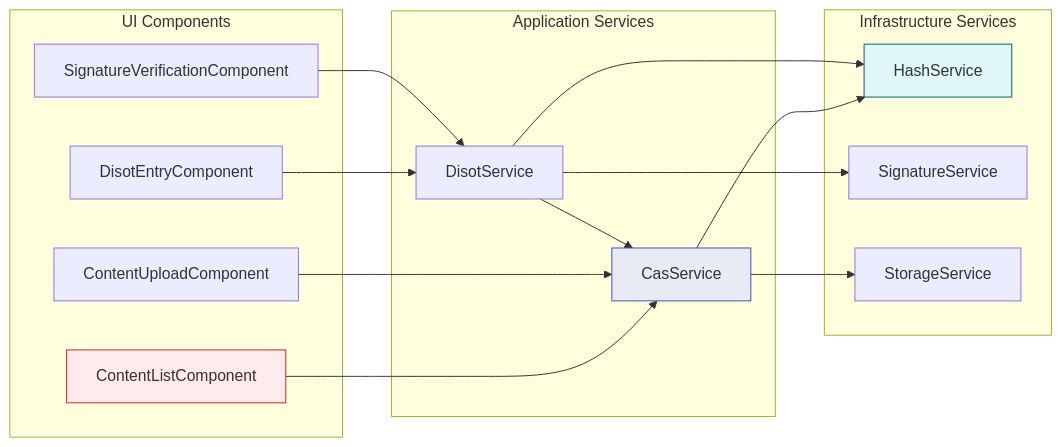
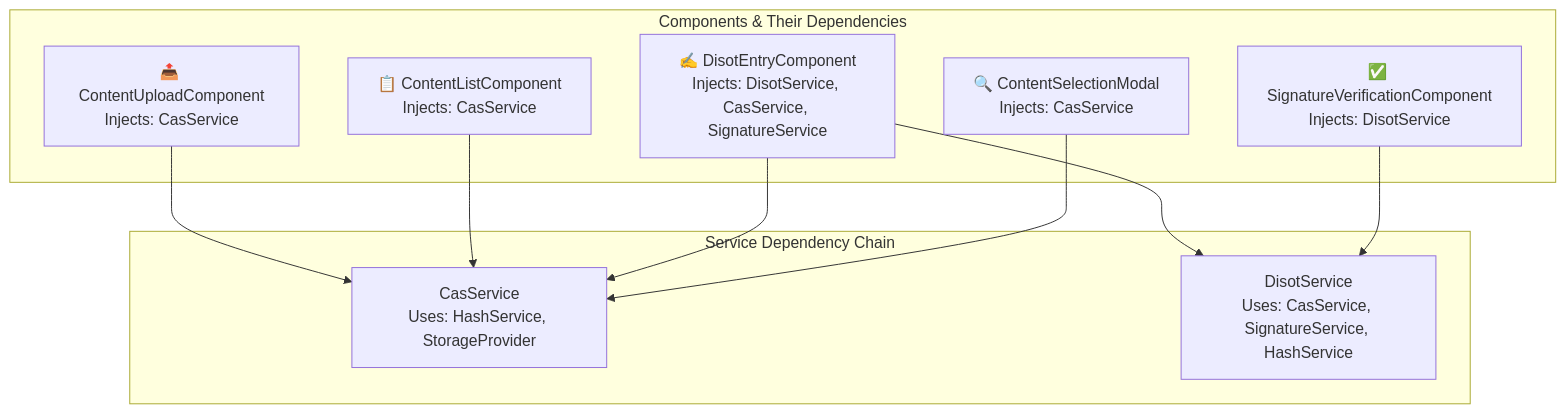
One commit to o2alexanderfedin/angular-cas-disot changed the sixth of 9 diagrams in docs/architecture/system-architecture.md. Above: the diagram before and after it, drawn with Mermaid. The commit also changed other lines of this file and 18 other files, not shown here.

````diff
--- a/docs/architecture/system-architecture.md
+++ b/docs/architecture/system-architecture.md
@@ -214,36 +193,22 @@
 ```mermaid
-graph LR
-    subgraph "UI Components"
-        CLC[ContentListComponent]
-        CUC[ContentUploadComponent]
-        DEC[DisotEntryComponent]
-        SVC[SignatureVerificationComponent]
+graph TD
+    subgraph "Components & Their Dependencies"
+        UPLOAD[📤 ContentUploadComponent<br/>Injects: CasService]
+        LIST[📋 ContentListComponent<br/>Injects: CasService]
+        DISOT[✍️ DisotEntryComponent<br/>Injects: DisotService, CasService, SignatureService]
+        VERIFY[✅ SignatureVerificationComponent<br/>Injects: DisotService]
+        MODAL[🔍 ContentSelectionModal<br/>Injects: CasService]
     end
     
-    subgraph "Application Services"
-        CAS[CasService]
-        DISOT[DisotService]
+    subgraph "Service Dependency Chain"
+        CAS[CasService<br/>Uses: HashService, StorageProvider]
+        DISOT_S[DisotService<br/>Uses: CasService, SignatureService, HashService]
     end
     
-    subgraph "Infrastructure Services"
-        HASH[HashService]
-        SIG[SignatureService]
-        STOR[StorageService]
-    end
-    
-    CLC --> CAS
-    CUC --> CAS
-    DEC --> DISOT
-    SVC --> DISOT
-    
-    CAS --> HASH
-    CAS --> STOR
-    
+    UPLOAD --> CAS
+    LIST --> CAS
+    DISOT --> DISOT_S
     DISOT --> CAS
-    DISOT --> SIG
-    DISOT --> HASH
-    
-    style CLC fill:#ffebee,stroke:#c62828
-    style CAS fill:#e8eaf6,stroke:#3f51b5
-    style HASH fill:#e0f7fa,stroke:#006064
+    VERIFY --> DISOT_S
+    MODAL --> CAS
 ```
````
